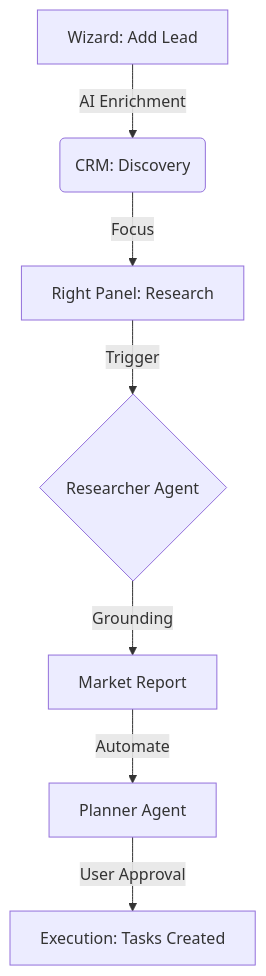
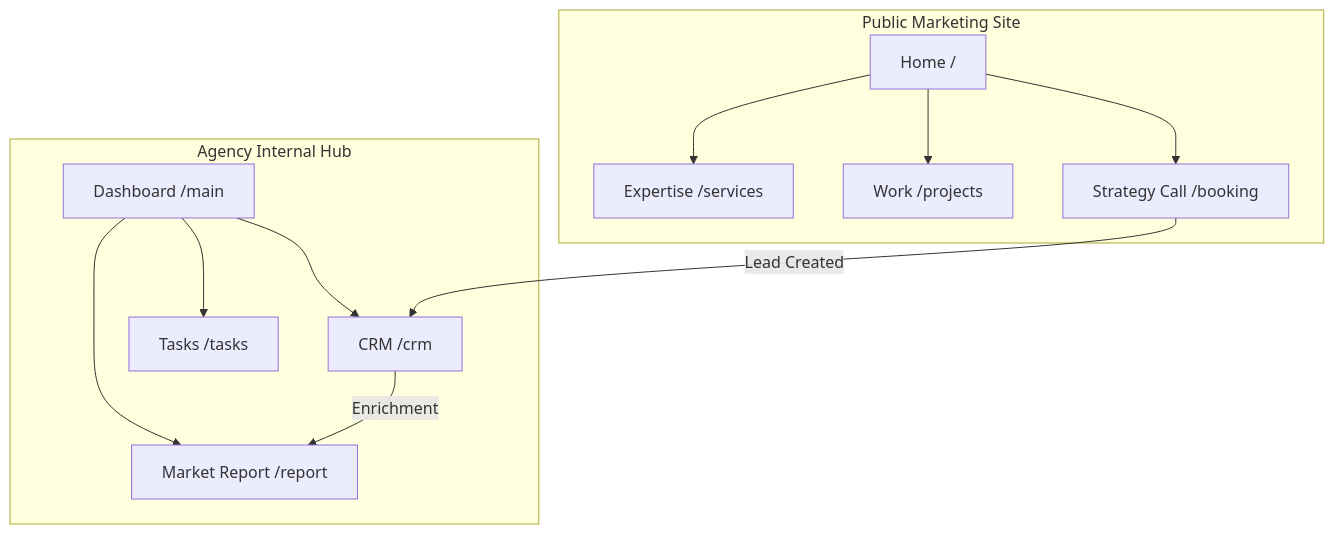
Before and after one commit to amo-tech-ai/sunaiv8: the first of 2 diagrams in sitemap.md, drawn with Mermaid. The commit also changed other lines of this file and 13 other files, not shown here.

````diff
--- a/sitemap.md
+++ b/sitemap.md
@@ -113,9 +128,17 @@
 ```mermaid
 graph TD
-    A[Wizard: Add Lead] -->|AI Enrichment| B(CRM: Discovery)
-    B -->|Focus| C[Right Panel: Research]
-    C -->|Trigger| D{Researcher Agent}
-    D -->|Grounding| E[Market Report]
-    E -->|Automate| F[Planner Agent]
-    F -->|User Approval| G[Execution: Tasks Created]
+    subgraph Website [Public Marketing Site]
+        A[Home /] --> B[Expertise /services]
+        A --> C[Work /projects]
+        A --> D[Strategy Call /booking]
+    end
+
+    subgraph Dashboard [Agency Internal Hub]
+        E[Dashboard /main] --> F[CRM /crm]
+        E --> G[Tasks /tasks]
+        E --> H[Market Report /report]
+    end
+
+    D -->|Lead Created| F
+    F -->|Enrichment| H
 ```
````
